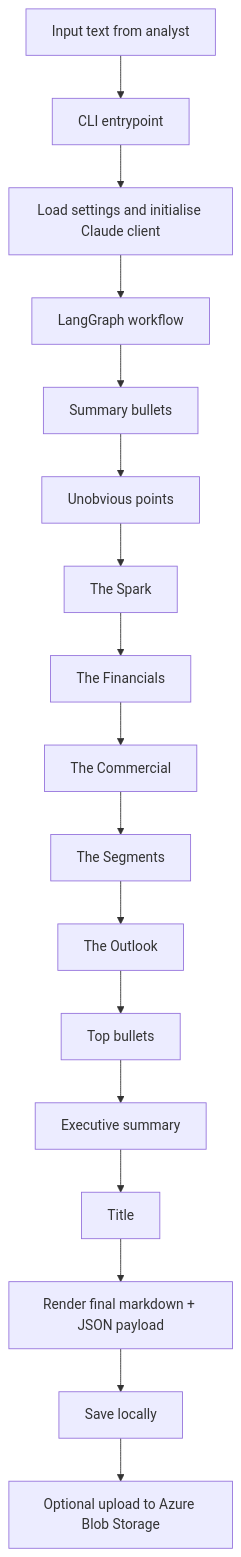
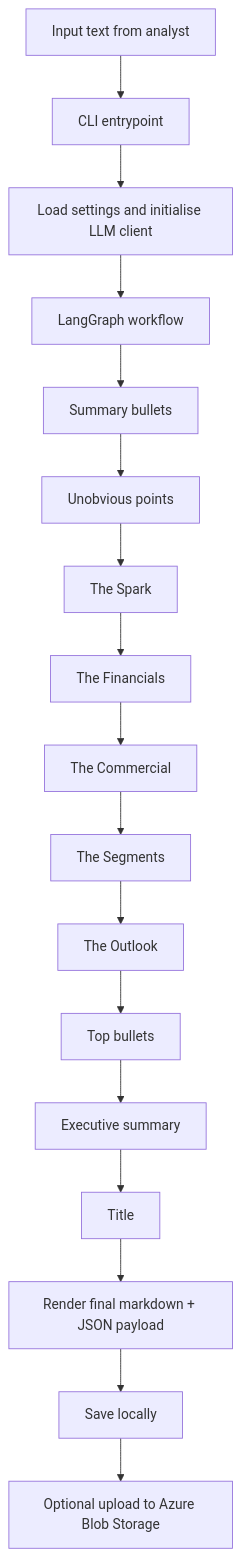
The diagram in README.md (lucaskienast/equity-research-writer-basic), drawn with Mermaid before and after one commit. The commit also changed other lines of this file and 5 other files, not shown here.

````diff
--- a/README.md
+++ b/README.md
@@ -98,19 +102,19 @@
 ```mermaid
 flowchart TD
     A[Input text from analyst] --> B[CLI entrypoint]
-    B --> C[Load settings and initialise Claude client]
+    B --> C[Load settings and initialise LLM client]
     C --> D[LangGraph workflow]
     D --> E[Summary bullets]
     E --> F[Unobvious points]
     F --> G[The Spark]
     G --> H[The Financials]
     H --> I[The Commercial]
     I --> J[The Segments]
     J --> K[The Outlook]
     K --> L[Top bullets]
     L --> M[Executive summary]
     M --> N[Title]
     N --> O[Render final markdown + JSON payload]
     O --> P[Save locally]
     P --> Q[Optional upload to Azure Blob Storage]
 ```
````
